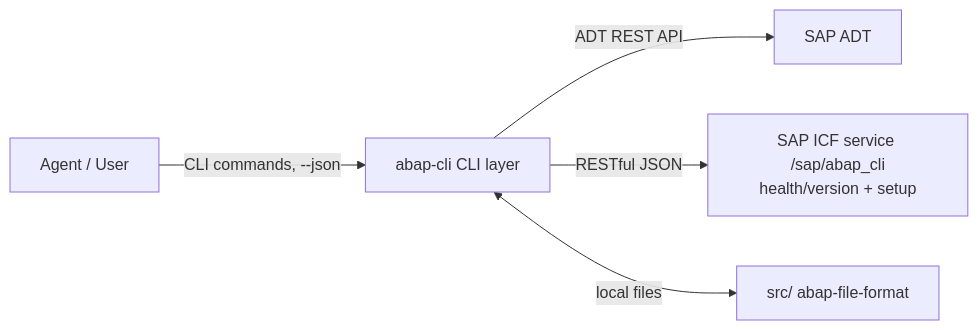
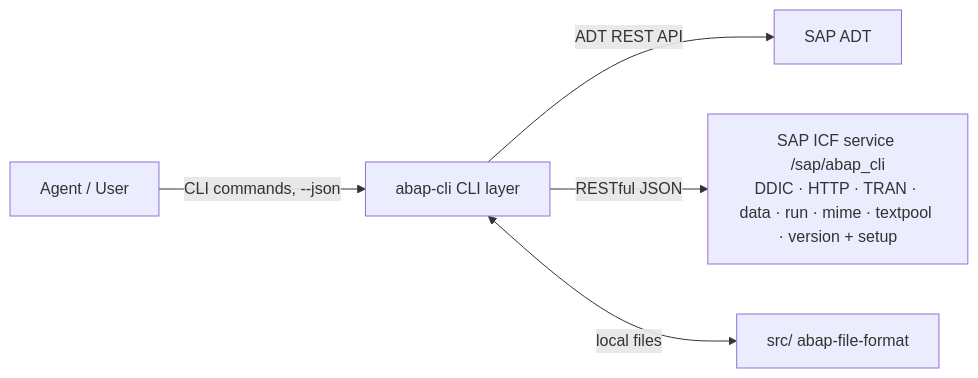
Before and after one commit to chunrichi/abap-cli: the diagram in docs/architecture.md, drawn with Mermaid. The commit also changed other lines of this file and 2 other files, not shown here.

First line of the commit message:
docs: refresh architecture and development guides (#19)

````diff
--- a/docs/architecture.md
+++ b/docs/architecture.md
@@ -13,7 +13,7 @@
 ```mermaid
 graph LR
     A[Agent / User] -->|CLI commands, --json| C[abap-cli CLI layer]
     C -->|ADT REST API| S1[SAP ADT]
-    C -->|RESTful JSON| S2[SAP ICF service /sap/abap_cli<br/>health/version + setup]
+    C -->|RESTful JSON| S2[SAP ICF service /sap/abap_cli<br/>DDIC · HTTP · TRAN · data · run · mime · textpool · version + setup]
     C <-->|local files| F[src/ abap-file-format]
 ```
````
